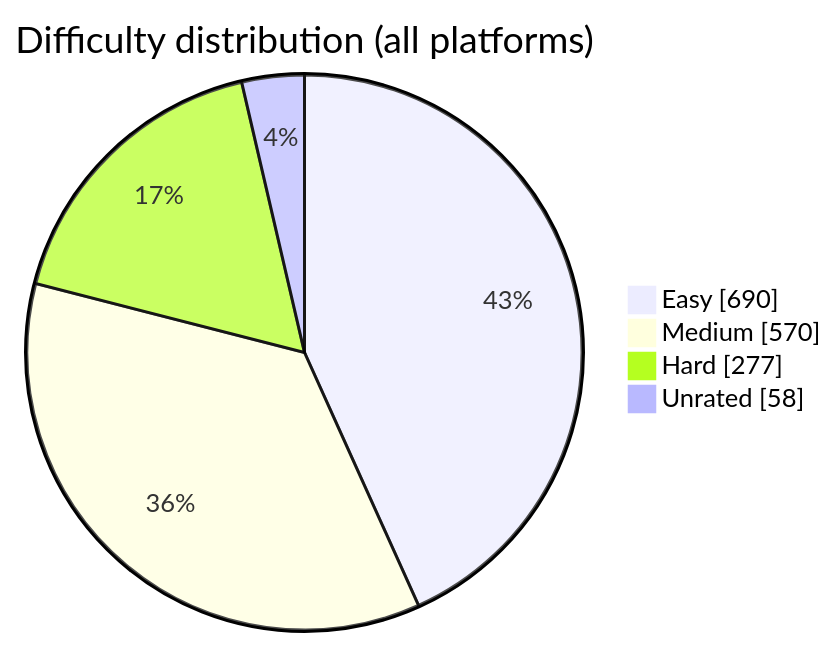
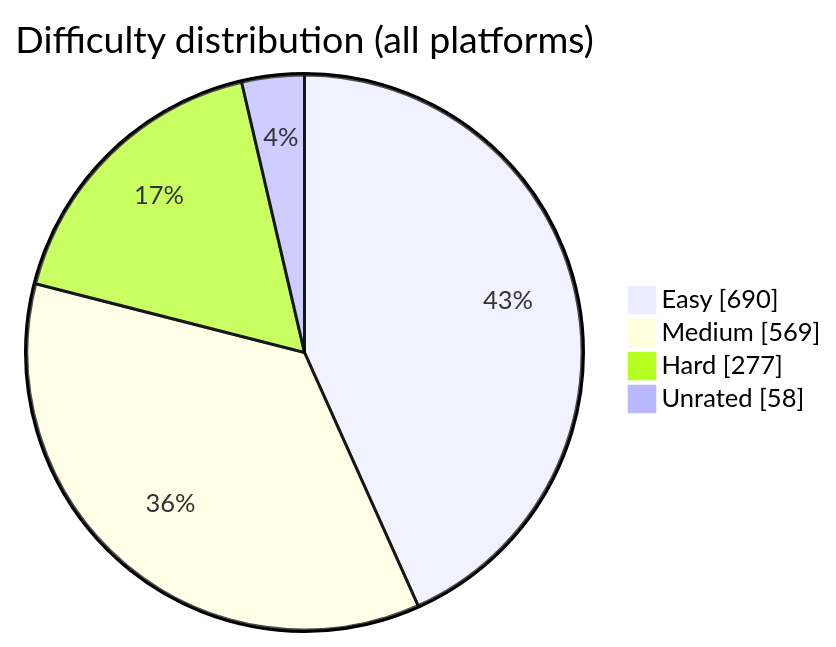
Before and after one commit to BuildbyArindam/Daily-Coding-Log: the diagram in README.md, drawn with Mermaid. The commit also changed other lines of this file, not shown here.

````diff
--- a/README.md
+++ b/README.md
@@ -93,7 +93,7 @@
 ```mermaid
 pie showData title Difficulty distribution (all platforms)
     "Easy" : 690
-    "Medium" : 570
+    "Medium" : 569
     "Hard" : 277
     "Unrated" : 58
 ```
````
